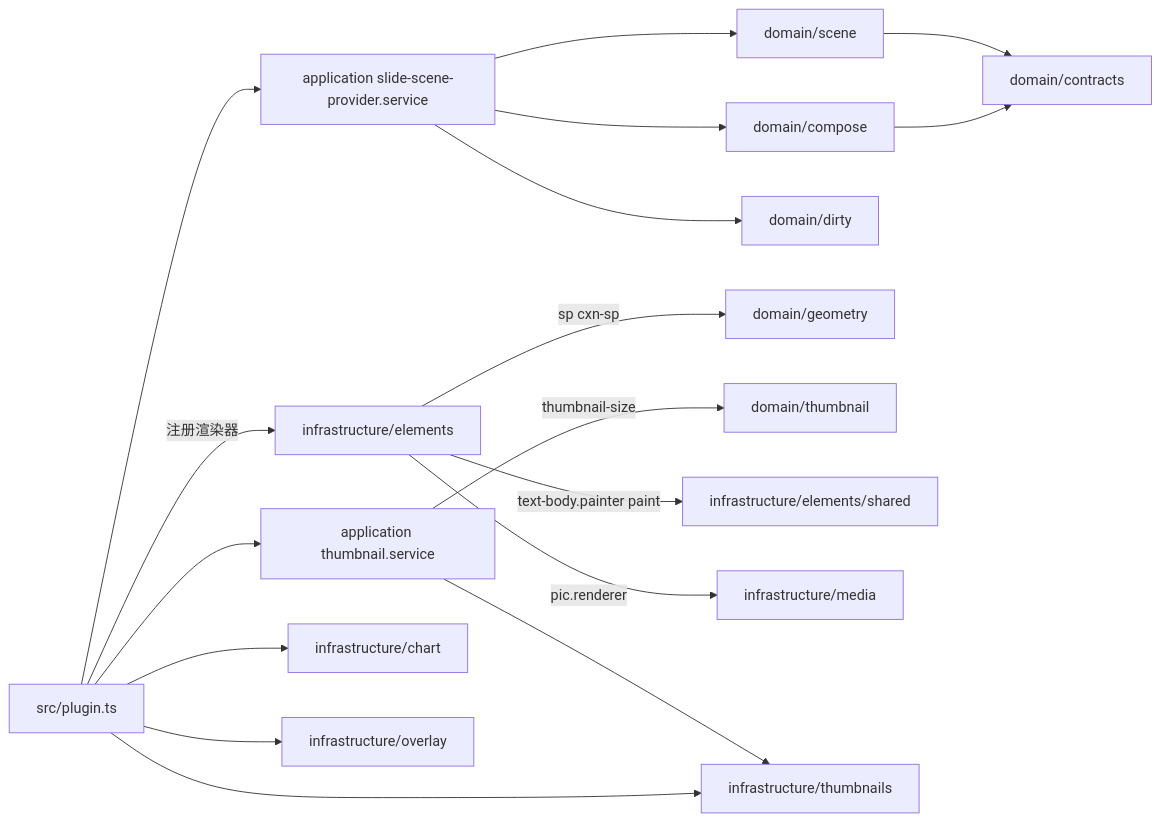
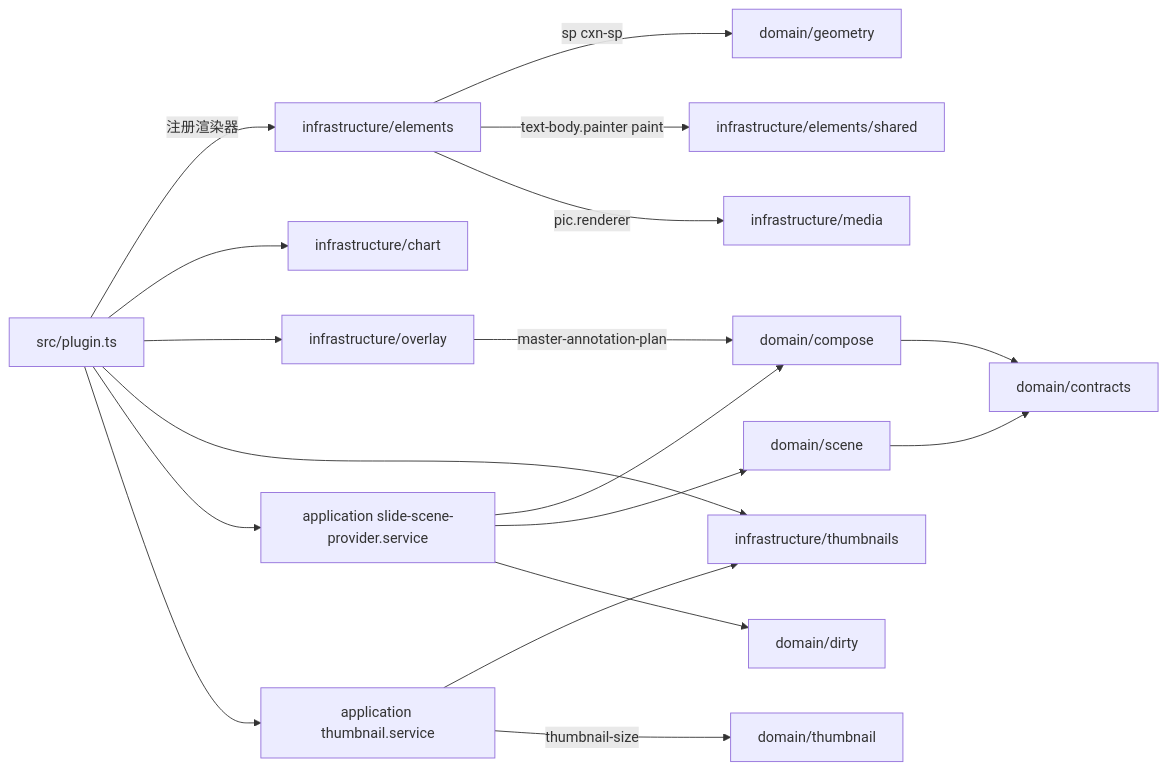
The ninth of 12 diagrams in docs/40-modules/07-slide-rendering.md (Xeonice/cordis-ppt-editor), drawn with Mermaid before and after one commit. The commit also changed other lines of this file and 43 other files, not shown here.

````diff
--- a/docs/40-modules/07-slide-rendering.md
+++ b/docs/40-modules/07-slide-rendering.md
@@ -482,34 +487,35 @@
 ```mermaid
 flowchart LR
 plugin["src/plugin.ts"]
 svcScene["application slide-scene-provider.service"]
 svcThumb["application thumbnail.service"]
 compose["domain/compose"]
 sceneDir["domain/scene"]
 dirty["domain/dirty"]
 geometry["domain/geometry"]
 thumbSize["domain/thumbnail"]
 contracts["domain/contracts"]
 elements["infrastructure/elements"]
 elemShared["infrastructure/elements/shared"]
 chart["infrastructure/chart"]
 media["infrastructure/media"]
 overlay["infrastructure/overlay"]
 thumbs["infrastructure/thumbnails"]
 plugin -- "注册渲染器" --> elements
 plugin --> chart
 plugin --> overlay
 plugin --> thumbs
 plugin --> svcScene
 plugin --> svcThumb
 svcScene --> compose
 svcScene --> sceneDir
 svcScene --> dirty
 svcThumb --> thumbs
 svcThumb -- "thumbnail-size" --> thumbSize
 compose --> contracts
 sceneDir --> contracts
 elements -- "sp cxn-sp" --> geometry
 elements -- "text-body.painter paint" --> elemShared
 elements -- "pic.renderer" --> media
+overlay -- "master-annotation-plan" --> compose
 ```
````
